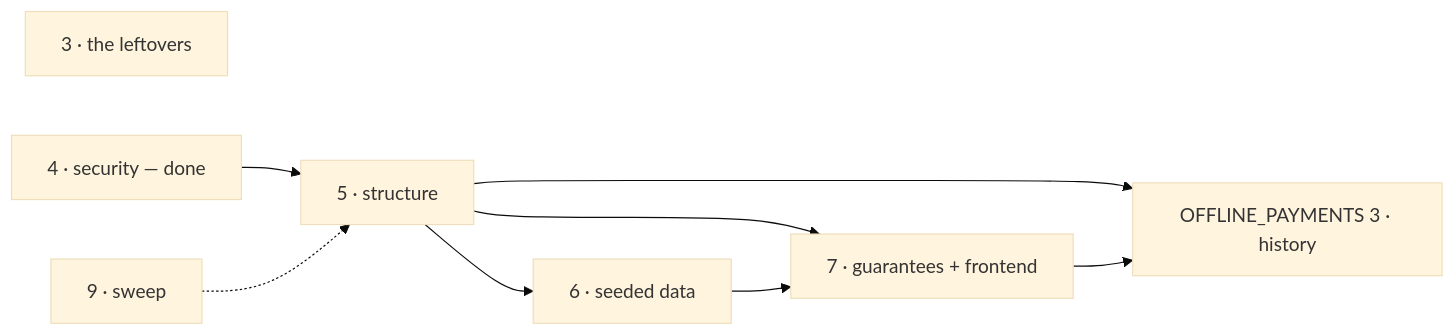
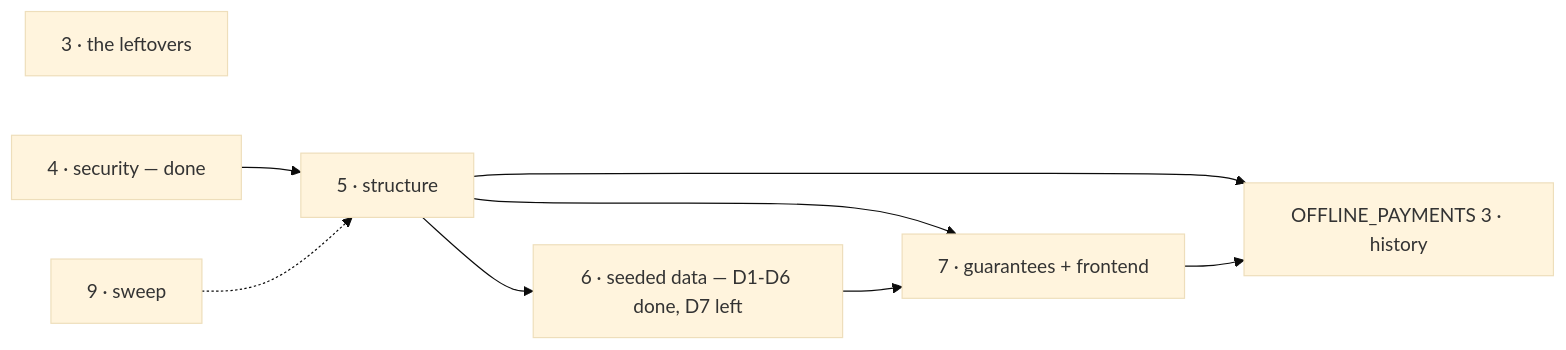
Before and after one commit to Guebbit/boilerplate-node-backend: the diagram in SCENARIOS_NEXT.md, drawn with Mermaid (base theme). The commit also changed other lines of this file and 1 other file, not shown here.

````diff
--- a/SCENARIOS_NEXT.md
+++ b/SCENARIOS_NEXT.md
@@ -38,11 +44,11 @@
 ```mermaid
 flowchart LR
     F3["3 · the leftovers"]
     F4["4 · security — done"] --> F5["5 · structure"]
-    F5 --> F6["6 · seeded data"]
+    F5 --> F6["6 · seeded data — D1-D6 done, D7 left"]
     F5 --> F7["7 · guarantees + frontend"]
     F6 --> F7
     F5 --> OP3["OFFLINE_PAYMENTS 3 · history"]
     F7 --> OP3
     F9["9 · sweep"] -.-> F5
 ```
````
